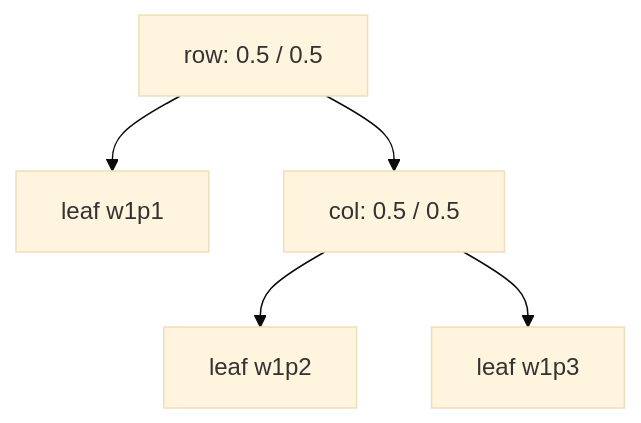
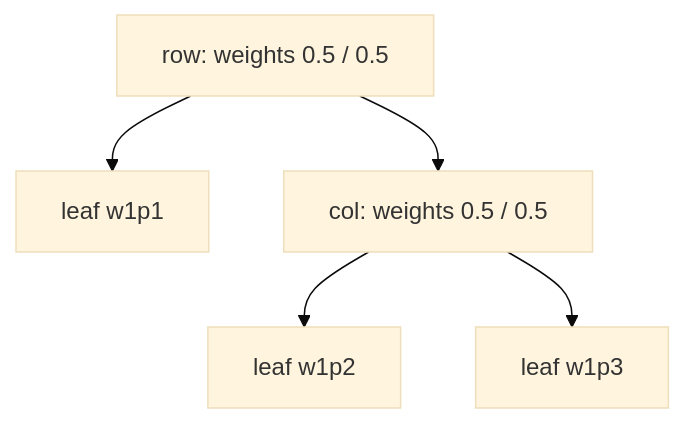
The diagram in docs/internals/07-layout.md (ladydascalie/dm), drawn with Mermaid (base theme) before and after one commit. The commit also changed other lines of this file and 13 other files, not shown here.

````diff
--- a/docs/internals/07-layout.md
+++ b/docs/internals/07-layout.md
@@ -17,7 +24,7 @@
 ```mermaid
 flowchart TD
-    root["row: 0.5 / 0.5"] --> left["leaf w1p1"]
-    root --> right["col: 0.5 / 0.5"]
+    root["row: weights 0.5 / 0.5"] --> left["leaf w1p1"]
+    root --> right["col: weights 0.5 / 0.5"]
     right --> top["leaf w1p2"]
     right --> bot["leaf w1p3"]
 ```
````
